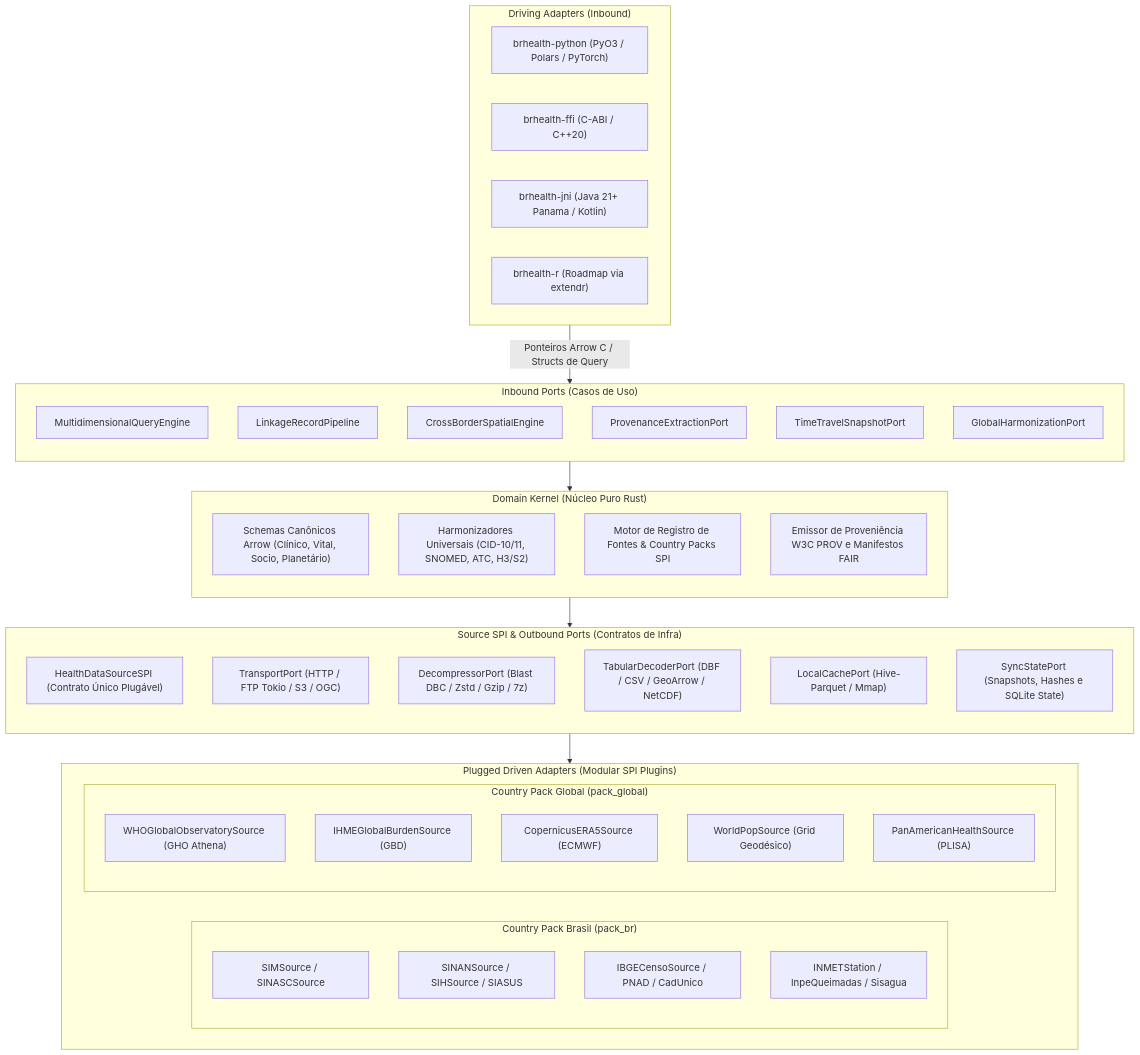
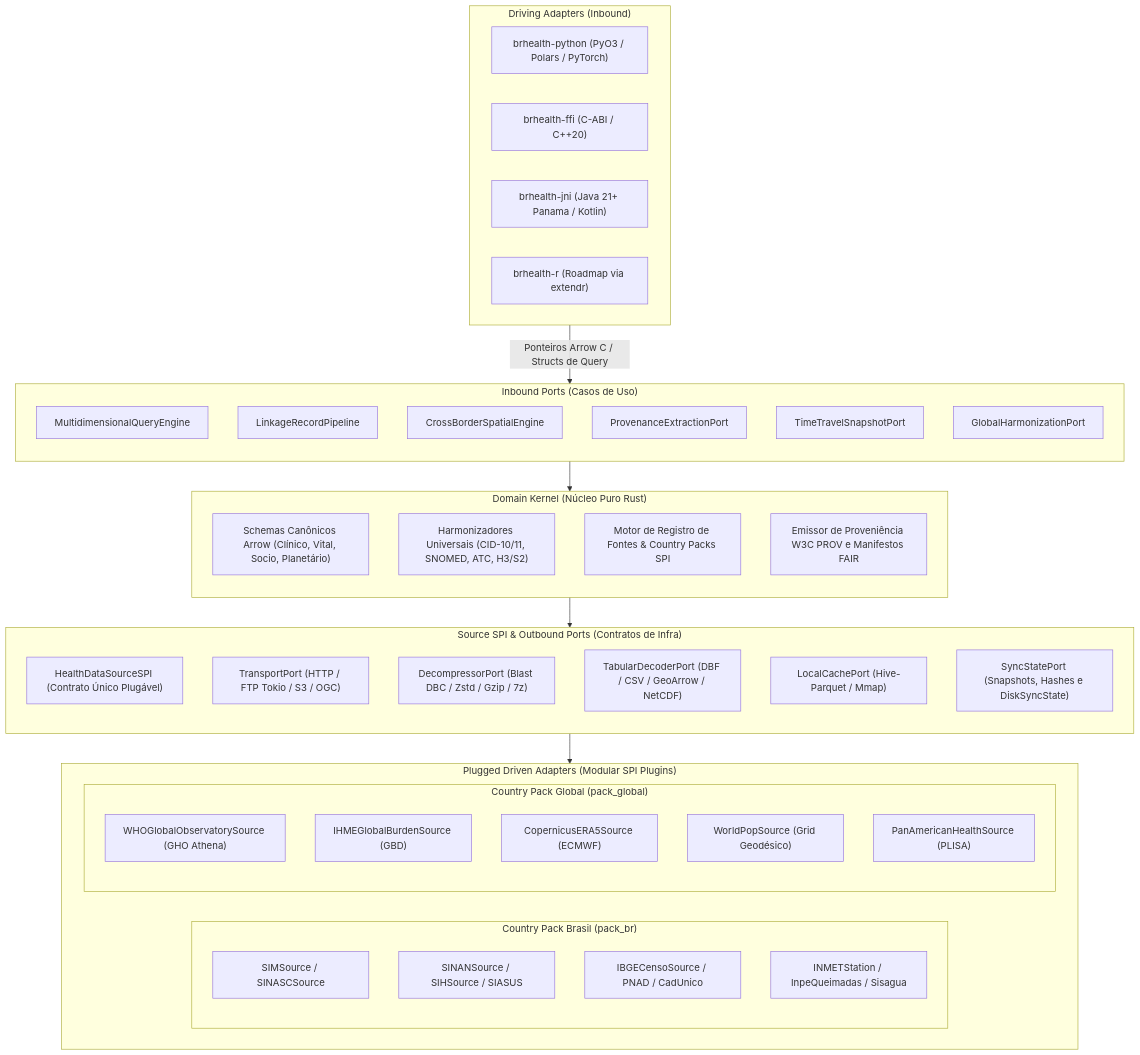
Before and after one commit to MarcelDevBr/brhealth: the second of 3 diagrams in docs/architecture/ideia.md, drawn with Mermaid. The commit also changed other lines of this file and 20 other files, not shown here.

Commit message:
refactor: replace SQLite persistence with DiskSyncState and introduce resilient transport with graceful degradation

````diff
--- a/docs/architecture/ideia.md
+++ b/docs/architecture/ideia.md
@@ -202,58 +202,58 @@
 ```mermaid
 flowchart TD
     subgraph DrivingAdapters["Driving Adapters (Inbound)"]
         py["brhealth-python (PyO3 / Polars / PyTorch)"]
         cpp["brhealth-ffi (C-ABI / C++20)"]
         jvm["brhealth-jni (Java 21+ Panama / Kotlin)"]
         rLang["brhealth-r (Roadmap via extendr)"]
     end
 
     subgraph InboundPorts["Inbound Ports (Casos de Uso)"]
         direction TB
         qEngine["MultidimensionalQueryEngine"]
         linkage["LinkageRecordPipeline"]
         spatial["CrossBorderSpatialEngine"]
         prov["ProvenanceExtractionPort"]
         snap["TimeTravelSnapshotPort"]
         harm["GlobalHarmonizationPort"]
     end
 
     subgraph DomainKernel["Domain Kernel (Núcleo Puro Rust)"]
         direction TB
         arrowSchemas["Schemas Canônicos Arrow (Clínico, Vital, Socio, Planetário)"]
         univHarm["Harmonizadores Universais (CID-10/11, SNOMED, ATC, H3/S2)"]
         spiRegistry["Motor de Registro de Fontes & Country Packs SPI"]
         fairEmitter["Emissor de Proveniência W3C PROV e Manifestos FAIR"]
     end
 
     subgraph SourceSPI["Source SPI & Outbound Ports (Contratos de Infra)"]
         direction TB
         hSPI["HealthDataSourceSPI (Contrato Único Plugável)"]
         transPort["TransportPort (HTTP / FTP Tokio / S3 / OGC)"]
         decompPort["DecompressorPort (Blast DBC / Zstd / Gzip / 7z)"]
         decPort["TabularDecoderPort (DBF / CSV / GeoArrow / NetCDF)"]
         cachePort["LocalCachePort (Hive-Parquet / Mmap)"]
-        syncPort["SyncStatePort (Snapshots, Hashes e SQLite State)"]
+        syncPort["SyncStatePort (Snapshots, Hashes e DiskSyncState)"]
     end
 
     subgraph DrivenAdapters["Plugged Driven Adapters (Modular SPI Plugins)"]
         subgraph PackBR["Country Pack Brasil (pack_br)"]
             brSIM["SIMSource / SINASCSource"]
             brSINAN["SINANSource / SIHSource / SIASUS"]
             brIBGE["IBGECensoSource / PNAD / CadUnico"]
             brClima["INMETStation / InpeQueimadas / Sisagua"]
         end
         subgraph PackGlobal["Country Pack Global (pack_global)"]
             who["WHOGlobalObservatorySource (GHO Athena)"]
             ihme["IHMEGlobalBurdenSource (GBD)"]
             era5["CopernicusERA5Source (ECMWF)"]
             worldpop["WorldPopSource (Grid Geodésico)"]
             paho["PanAmericanHealthSource (PLISA)"]
         end
     end
 
     DrivingAdapters -->|Ponteiros Arrow C / Structs de Query| InboundPorts
     InboundPorts --> DomainKernel
     DomainKernel --> SourceSPI
     SourceSPI --> DrivenAdapters
 ```
````
